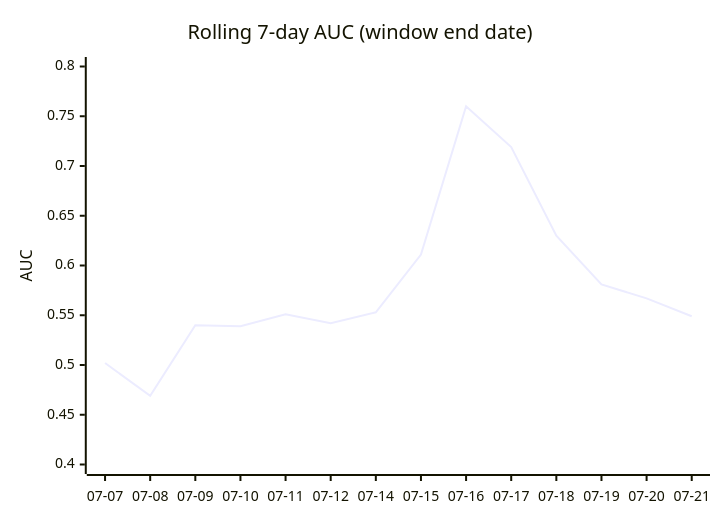
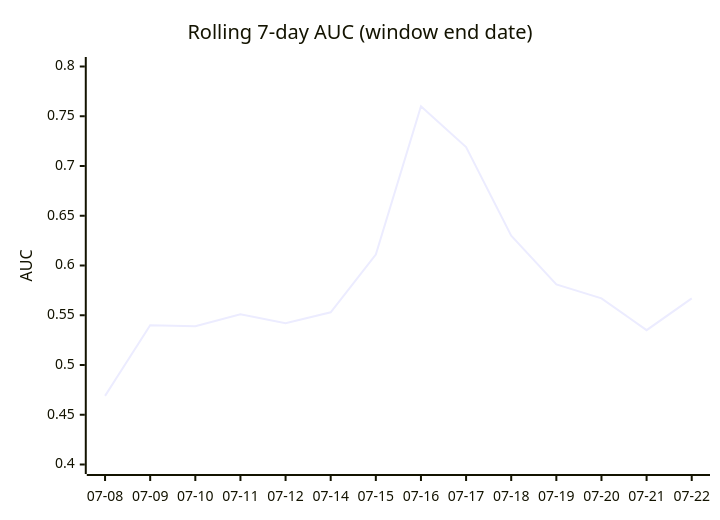
One commit to dpk1212/nhl-savant changed the third of 4 diagrams in DAILY_AGSU_REPORT.md. Above: the diagram before and after it, drawn with Mermaid. The commit also changed other lines of this file, not shown here.

````diff
--- a/DAILY_AGSU_REPORT.md
+++ b/DAILY_AGSU_REPORT.md
@@ -711,7 +720,7 @@
 ```mermaid
 xychart-beta
     title "Rolling 7-day AUC (window end date)"
-    x-axis ["07-07", "07-08", "07-09", "07-10", "07-11", "07-12", "07-14", "07-15", "07-16", "07-17", "07-18", "07-19", "07-20", "07-21"]
+    x-axis ["07-08", "07-09", "07-10", "07-11", "07-12", "07-14", "07-15", "07-16", "07-17", "07-18", "07-19", "07-20", "07-21", "07-22"]
     y-axis "AUC" 0.4 --> 0.8
-    line [0.502, 0.469, 0.54, 0.539, 0.551, 0.542, 0.553, 0.611, 0.76, 0.719, 0.63, 0.581, 0.567, 0.549]
+    line [0.469, 0.54, 0.539, 0.551, 0.542, 0.553, 0.611, 0.76, 0.719, 0.63, 0.581, 0.567, 0.535, 0.567]
 ```
````
